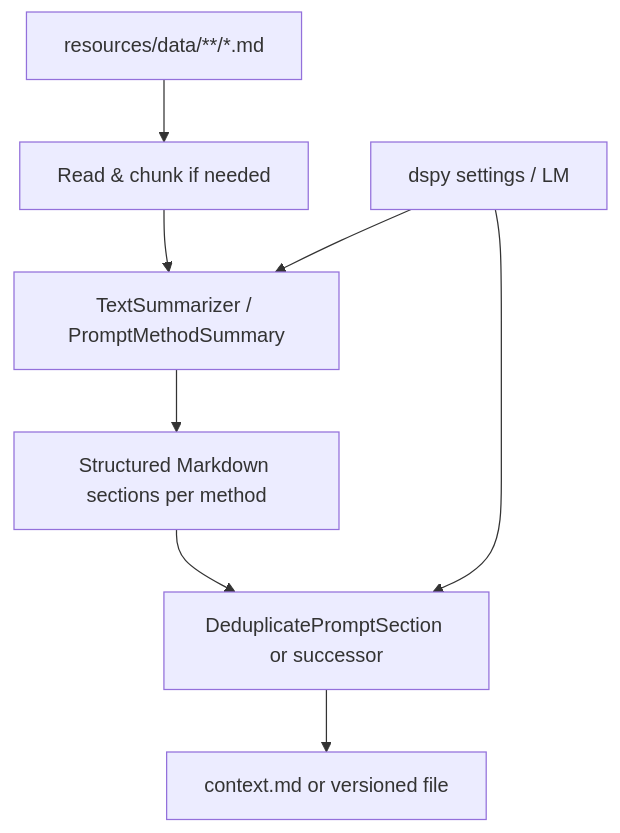
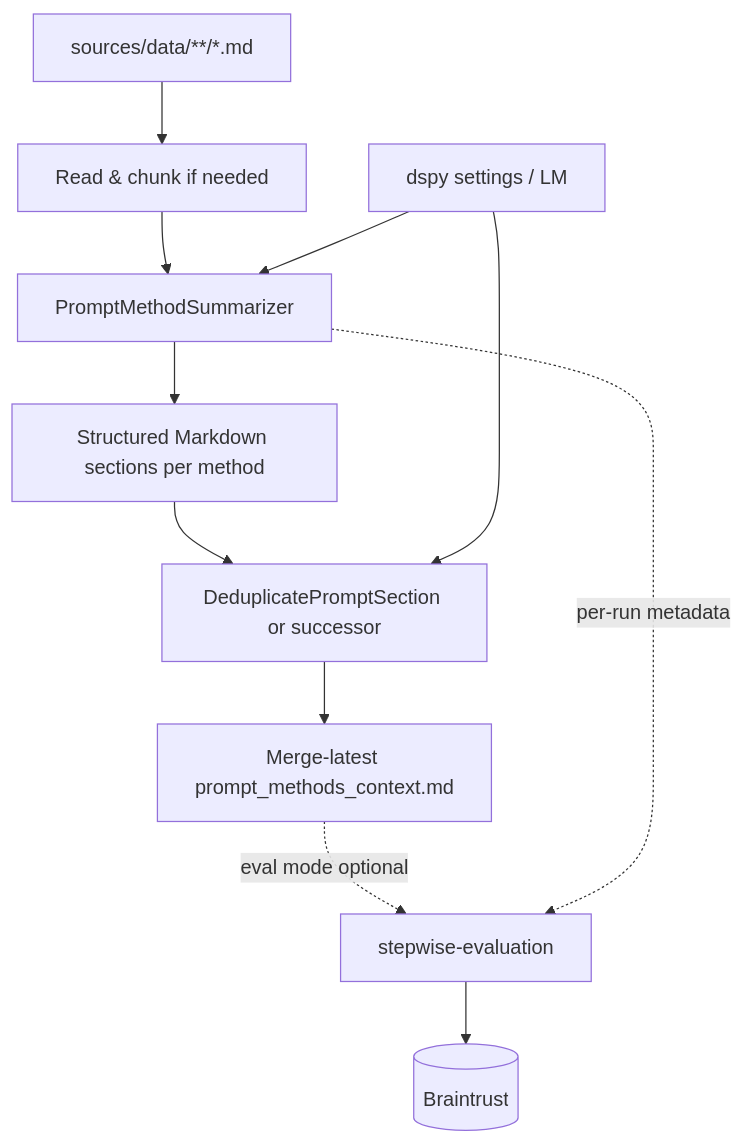
Before and after one commit to trummelbummel/promptymize: the diagram in docs/ai/design/feature-context-engineering.md, drawn with Mermaid. The commit also changed other lines of this file and 72 other files, not shown here.

Commit message:
add stepwise evaluation

````diff
--- a/docs/ai/design/feature-context-engineering.md
+++ b/docs/ai/design/feature-context-engineering.md
@@ -13,10 +13,13 @@
 ```mermaid
 graph TD
-  MD[resources/data/**/*.md] --> Ingest[Read & chunk if needed]
-  Ingest --> Summarize[TextSummarizer / PromptMethodSummary]
+  MD[sources/data/**/*.md] --> Ingest[Read & chunk if needed]
+  Ingest --> Summarize[PromptMethodSummarizer]
   Summarize --> Sections[Structured Markdown sections per method]
   Sections --> Dedup[DeduplicatePromptSection or successor]
-  Dedup --> Context[context.md or versioned file]
+  Dedup --> ContextFile[Merge-latest prompt_methods_context.md]
   Config[dspy settings / LM] --> Summarize
   Config --> Dedup
+  ContextFile -.->|eval mode optional| Stepwise[stepwise-evaluation]
+  Summarize -.->|per-run metadata| Stepwise
+  Stepwise --> BT[(Braintrust)]
 ```
````
